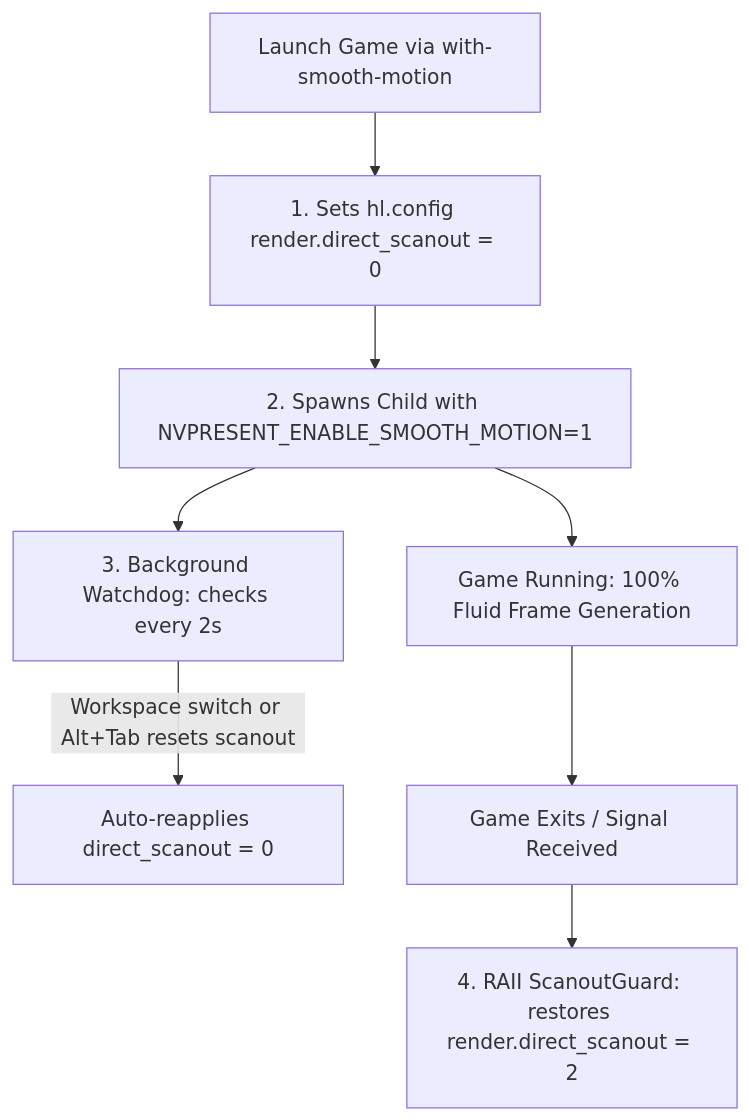
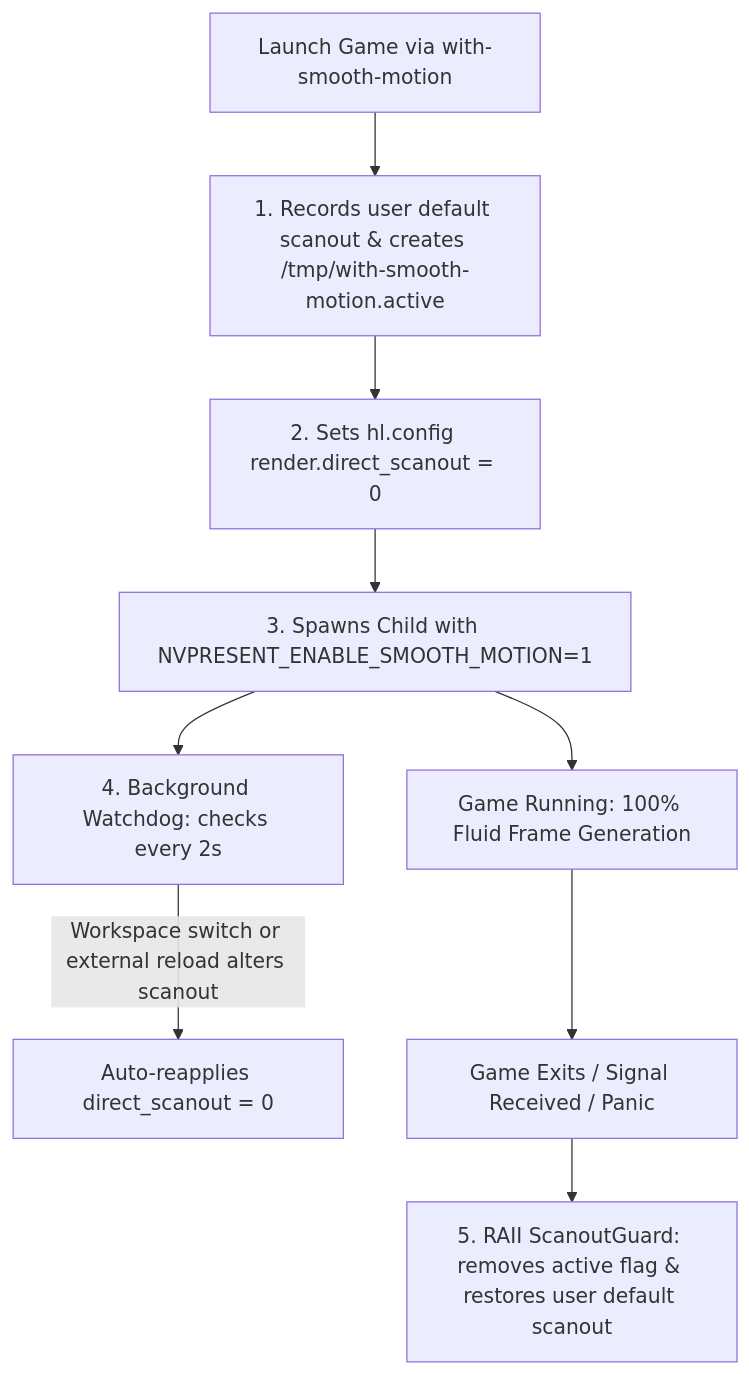
Before and after one commit to ceduardorodrig/WITH-SMOOTH-MOTION: the diagram in README.md, drawn with Mermaid. The commit also changed other lines of this file and 1 other file, not shown here.

Commit message:
feat: restore user default scanout, handle SIGHUP, add panic hook and anti-zombie safety

````diff
--- a/README.md
+++ b/README.md
@@ -29,10 +29,11 @@
 ```mermaid
 flowchart TD
-    A[Launch Game via with-smooth-motion] --> B[1. Sets hl.config render.direct_scanout = 0]
-    B --> C[2. Spawns Child with NVPRESENT_ENABLE_SMOOTH_MOTION=1]
-    C --> D[3. Background Watchdog: checks every 2s]
-    D -->|Workspace switch or Alt+Tab resets scanout| E[Auto-reapplies direct_scanout = 0]
-    C --> F[Game Running: 100% Fluid Frame Generation]
-    F --> G[Game Exits / Signal Received]
-    G --> H[4. RAII ScanoutGuard: restores render.direct_scanout = 2]
+    A[Launch Game via with-smooth-motion] --> B[1. Records user default scanout & creates /tmp/with-smooth-motion.active]
+    B --> C[2. Sets hl.config render.direct_scanout = 0]
+    C --> D[3. Spawns Child with NVPRESENT_ENABLE_SMOOTH_MOTION=1]
+    D --> E[4. Background Watchdog: checks every 2s]
+    E -->|Workspace switch or external reload alters scanout| F[Auto-reapplies direct_scanout = 0]
+    D --> G[Game Running: 100% Fluid Frame Generation]
+    G --> H[Game Exits / Signal Received / Panic]
+    H --> I[5. RAII ScanoutGuard: removes active flag & restores user default scanout]
 ```
````
